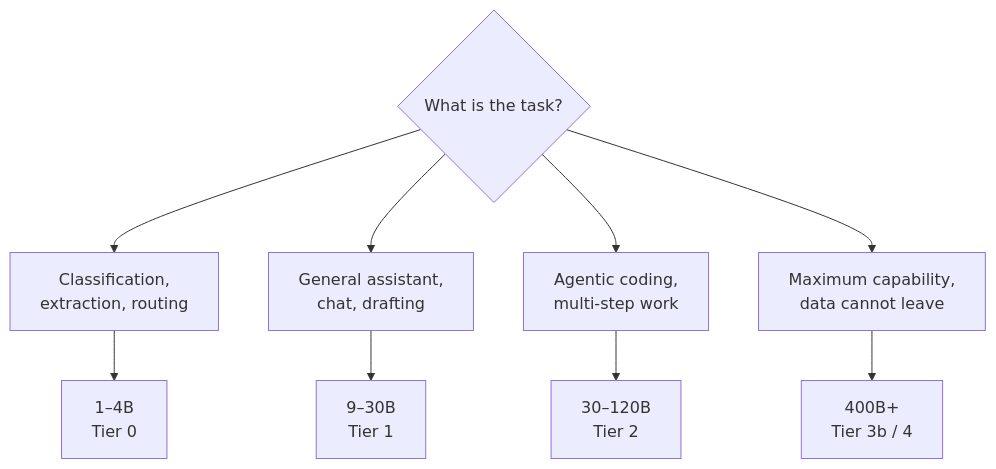
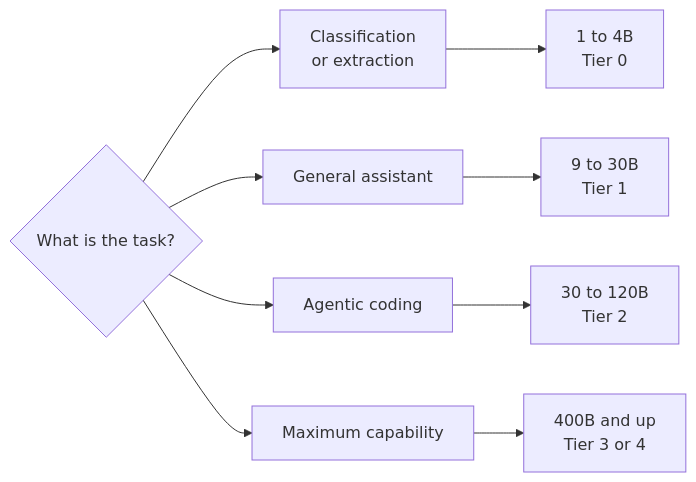
One commit to kamil-kielbasa/ai-infrastructure-book changed the second of 2 diagrams in book/08-the-model-landscape.md. Above: the diagram before and after it, drawn with Mermaid. The commit also changed other lines of this file and 15 other files, not shown here.

Commit message:
fix: pin mermaid and mathjax to working majors, trim part V

````diff
--- a/book/08-the-model-landscape.md
+++ b/book/08-the-model-landscape.md
@@ -251,12 +251,12 @@
 ```mermaid
-flowchart TB
-    S{What is the task?} --> A[Classification,<br/>extraction, routing]
-    S --> B[General assistant,<br/>chat, drafting]
-    S --> C[Agentic coding,<br/>multi-step work]
-    S --> D[Maximum capability,<br/>data cannot leave]
-
-    A --> A1["1–4B<br/>Tier 0"]
-    B --> B1["9–30B<br/>Tier 1"]
-    C --> C1["30–120B<br/>Tier 2"]
-    D --> D1["400B+<br/>Tier 3b / 4"]
+flowchart LR
+    S{What is the task?}
+    S --> A[Classification<br/>or extraction]
+    S --> B[General assistant]
+    S --> C[Agentic coding]
+    S --> D[Maximum capability]
+    A --> A1[1 to 4B<br/>Tier 0]
+    B --> B1[9 to 30B<br/>Tier 1]
+    C --> C1[30 to 120B<br/>Tier 2]
+    D --> D1[400B and up<br/>Tier 3 or 4]
 ```
````
